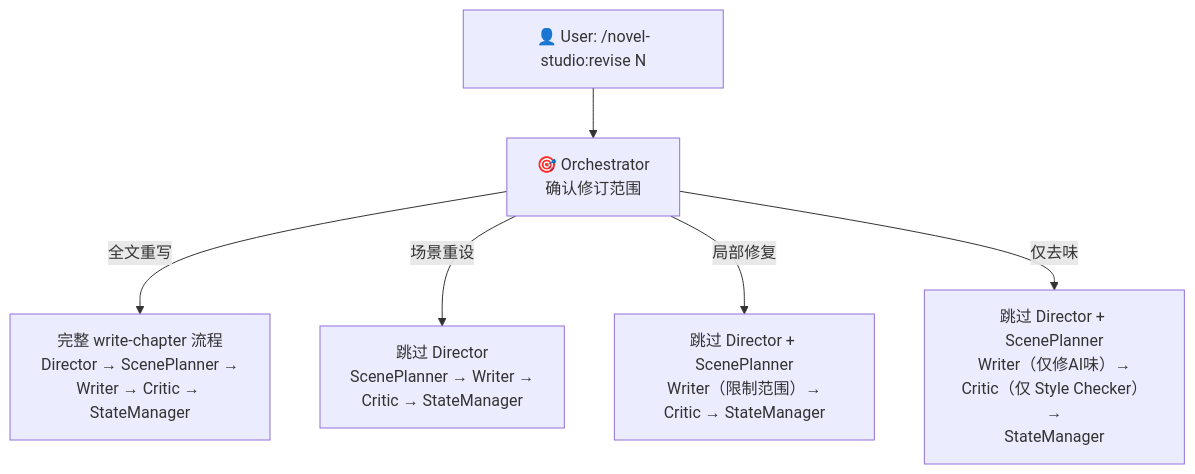
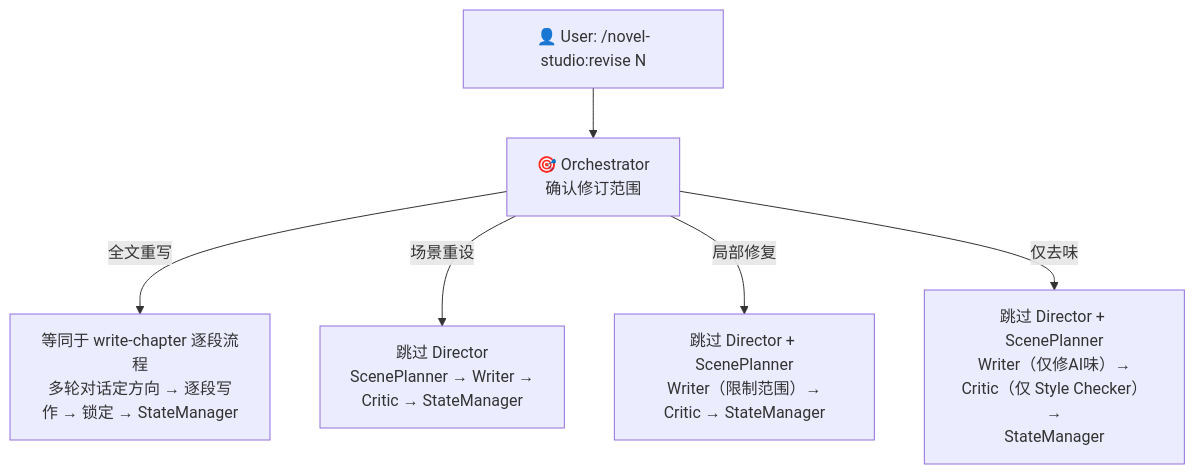
Before and after one commit to deathwhispers/novel-studio: the first of 4 diagrams in workflows/revise-chapter.md, drawn with Mermaid. The commit also changed other lines of this file and 9 other files, not shown here.

````diff
--- a/workflows/revise-chapter.md
+++ b/workflows/revise-chapter.md
@@ -11,12 +11,12 @@
 ```mermaid
 flowchart TD
     User["👤 User: /novel-studio:revise N"]
     Orchestrator["🎯 Orchestrator<br/>确认修订范围"]
 
     User --> Orchestrator
 
-    Orchestrator -->|"全文重写"| Full["完整 write-chapter 流程<br/>Director → ScenePlanner →<br/>Writer → Critic → StateManager"]
+    Orchestrator -->|"全文重写"| Full["等同于 write-chapter 逐段流程<br/>多轮对话定方向 → 逐段写作 → 锁定 → StateManager"]
     Orchestrator -->|"场景重设"| SceneReset["跳过 Director<br/>ScenePlanner → Writer →<br/>Critic → StateManager"]
     Orchestrator -->|"局部修复"| LocalFix["跳过 Director + ScenePlanner<br/>Writer（限制范围）→<br/>Critic → StateManager"]
     Orchestrator -->|"仅去味"| DeFlavor["跳过 Director + ScenePlanner<br/>Writer（仅修AI味）→<br/>Critic（仅 Style Checker）→<br/>StateManager"]
 ```
````
